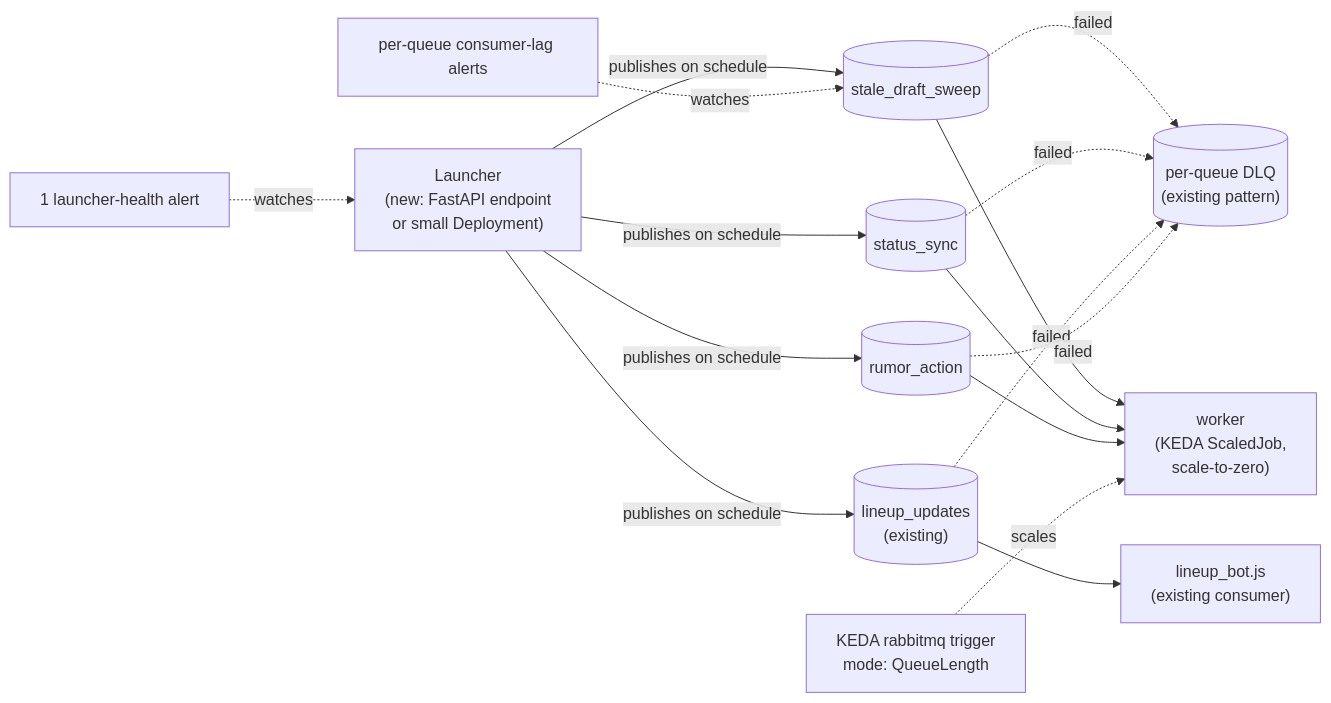
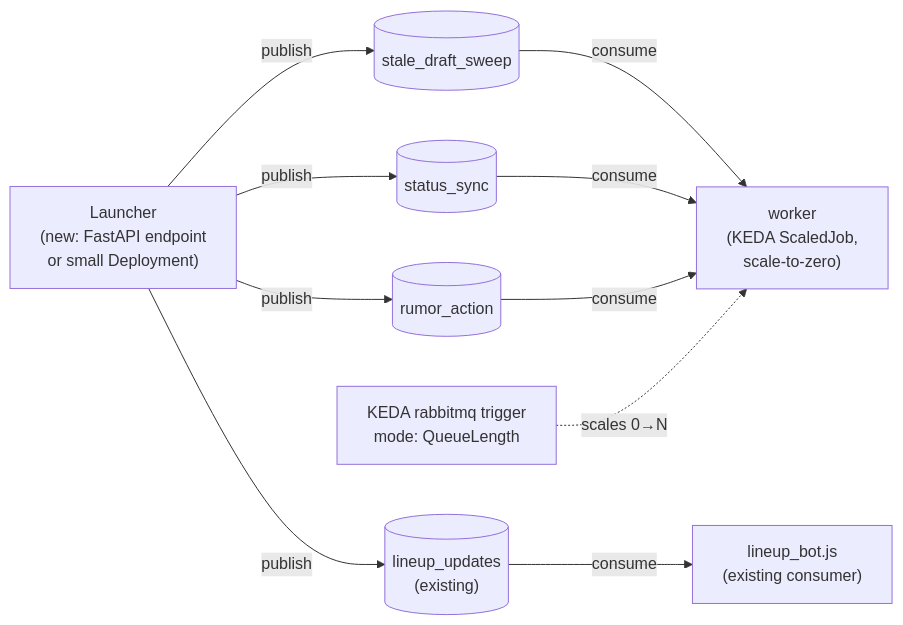
Before and after one commit to cvillarr23/fantasy-infra: the second of 3 diagrams in docs/adr/0001-unified-rabbitmq-launcher.md, drawn with Mermaid. The commit also changed other lines of this file, not shown here.

Commit message:
docs(adr): simplify Fig 2 topology diagram, add per-job error-handling policy
Fig 2 mixed publish/fail/consume/scale/alert edges with no visual
distinction and duplicated what Fig 3's sequence diagram already covers -
trims it to the static topology only. Adds a per-job-type
max_attempts/backoff/alert-severity table so retry policy is shared
config the launcher and every consumer read by job_type, not repeated
per message alongside the mutable attempt counter.

````diff
--- a/docs/adr/0001-unified-rabbitmq-launcher.md
+++ b/docs/adr/0001-unified-rabbitmq-launcher.md
@@ -92,21 +92,16 @@
 ```mermaid
 flowchart LR
     sched["Launcher\n(new: FastAPI endpoint\nor small Deployment)"]
 
-    sched -->|"publishes on schedule"| q1[("stale_draft_sweep")]
-    sched -->|"publishes on schedule"| q2[("status_sync")]
-    sched -->|"publishes on schedule"| q3[("lineup_updates\n(existing)")]
-    sched -->|"publishes on schedule"| q4[("rumor_action")]
+    sched -->|publish| q1[("stale_draft_sweep")]
+    sched -->|publish| q2[("status_sync")]
+    sched -->|publish| q3[("lineup_updates\n(existing)")]
+    sched -->|publish| q4[("rumor_action")]
 
-    q1 & q2 & q3 & q4 -.->|failed| dlq[("per-queue DLQ\n(existing pattern)")]
+    q1 -->|consume| w1["worker\n(KEDA ScaledJob,\nscale-to-zero)"]
+    q2 -->|consume| w1
+    q3 -->|consume| w2["lineup_bot.js\n(existing consumer)"]
+    q4 -->|consume| w1
 
-    q1 --> w1["worker\n(KEDA ScaledJob,\nscale-to-zero)"]
-    q2 --> w1
-    q3 --> w2["lineup_bot.js\n(existing consumer)"]
-    q4 --> w1
-
-    keda["KEDA rabbitmq trigger\nmode: QueueLength"] -.scales.-> w1
-
-    launcheralert["1 launcher-health alert"] -.watches.-> sched
-    laglerts["per-queue consumer-lag alerts"] -.watches.-> q1
+    keda["KEDA rabbitmq trigger\nmode: QueueLength"] -.scales 0→N.-> w1
 ```
````
